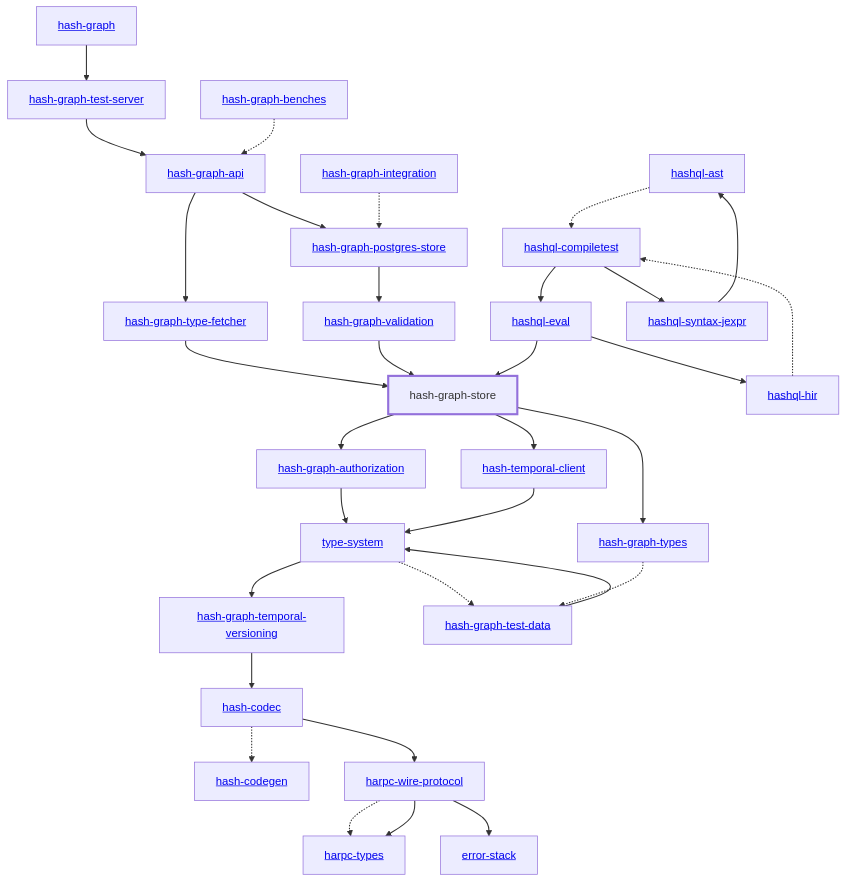
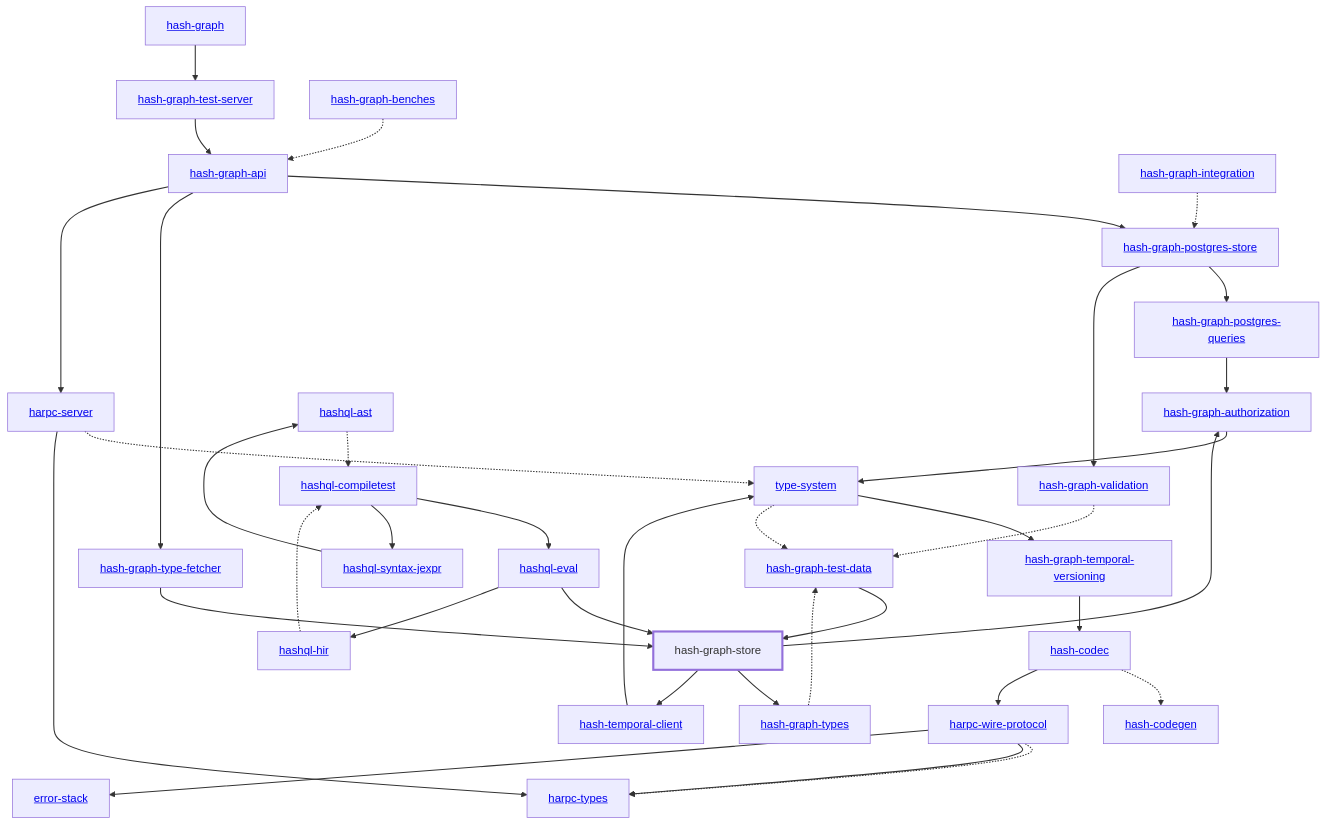
Before and after one commit to hashintel/hash: the diagram in libs/@local/graph/store/docs/dependency-diagram.mmd, drawn with Mermaid. The commit also changed 41 other files, not shown here.

```diff
--- a/libs/@local/graph/store/docs/dependency-diagram.mmd
+++ b/libs/@local/graph/store/docs/dependency-diagram.mmd
@@ -1,67 +1,74 @@
 graph TD
     linkStyle default stroke-width:1.5px
     classDef default stroke-width:1px
     classDef root stroke-width:3px
     classDef dev stroke-width:1px
     classDef build stroke-width:1px
     %% Legend
     %% --> : Normal dependency
     %% -.-> : Dev dependency
     %% ---> : Build dependency
     0[<a href="../hash_graph/index.html">hash-graph</a>]
     1[<a href="../type_system/index.html">type-system</a>]
     2[<a href="../hash_codec/index.html">hash-codec</a>]
     3[<a href="../hash_codegen/index.html">hash-codegen</a>]
     4[<a href="../hash_graph_api/index.html">hash-graph-api</a>]
     5[<a href="../hash_graph_authorization/index.html">hash-graph-authorization</a>]
-    6[<a href="../hash_graph_postgres_store/index.html">hash-graph-postgres-store</a>]
-    7[hash-graph-store]
-    class 7 root
-    8[<a href="../hash_graph_temporal_versioning/index.html">hash-graph-temporal-versioning</a>]
-    9[<a href="../hash_graph_test_server/index.html">hash-graph-test-server</a>]
-    10[<a href="../hash_graph_type_fetcher/index.html">hash-graph-type-fetcher</a>]
-    11[<a href="../hash_graph_types/index.html">hash-graph-types</a>]
-    12[<a href="../hash_graph_validation/index.html">hash-graph-validation</a>]
-    13[<a href="../harpc_types/index.html">harpc-types</a>]
-    14[<a href="../harpc_wire_protocol/index.html">harpc-wire-protocol</a>]
-    15[<a href="../hashql_ast/index.html">hashql-ast</a>]
-    16[<a href="../hashql_compiletest/index.html">hashql-compiletest</a>]
-    17[<a href="../hashql_eval/index.html">hashql-eval</a>]
-    18[<a href="../hashql_hir/index.html">hashql-hir</a>]
-    19[<a href="../hashql_syntax_jexpr/index.html">hashql-syntax-jexpr</a>]
-    20[<a href="../hash_temporal_client/index.html">hash-temporal-client</a>]
-    21[<a href="../error_stack/index.html">error-stack</a>]
-    22[<a href="../hash_graph_benches/index.html">hash-graph-benches</a>]
-    23[<a href="../hash_graph_integration/index.html">hash-graph-integration</a>]
-    24[<a href="../hash_graph_test_data/index.html">hash-graph-test-data</a>]
-    0 --> 9
-    1 --> 8
-    1 -.-> 24
+    6[<a href="../hash_graph_postgres_queries/index.html">hash-graph-postgres-queries</a>]
+    7[<a href="../hash_graph_postgres_store/index.html">hash-graph-postgres-store</a>]
+    8[hash-graph-store]
+    class 8 root
+    9[<a href="../hash_graph_temporal_versioning/index.html">hash-graph-temporal-versioning</a>]
+    10[<a href="../hash_graph_test_server/index.html">hash-graph-test-server</a>]
+    11[<a href="../hash_graph_type_fetcher/index.html">hash-graph-type-fetcher</a>]
+    12[<a href="../hash_graph_types/index.html">hash-graph-types</a>]
+    13[<a href="../hash_graph_validation/index.html">hash-graph-validation</a>]
+    14[<a href="../harpc_server/index.html">harpc-server</a>]
+    15[<a href="../harpc_types/index.html">harpc-types</a>]
+    16[<a href="../harpc_wire_protocol/index.html">harpc-wire-protocol</a>]
+    17[<a href="../hashql_ast/index.html">hashql-ast</a>]
+    18[<a href="../hashql_compiletest/index.html">hashql-compiletest</a>]
+    19[<a href="../hashql_eval/index.html">hashql-eval</a>]
+    20[<a href="../hashql_hir/index.html">hashql-hir</a>]
+    21[<a href="../hashql_syntax_jexpr/index.html">hashql-syntax-jexpr</a>]
+    22[<a href="../hash_temporal_client/index.html">hash-temporal-client</a>]
+    23[<a href="../error_stack/index.html">error-stack</a>]
+    24[<a href="../hash_graph_benches/index.html">hash-graph-benches</a>]
+    25[<a href="../hash_graph_integration/index.html">hash-graph-integration</a>]
+    26[<a href="../hash_graph_test_data/index.html">hash-graph-test-data</a>]
+    0 --> 10
+    1 --> 9
+    1 -.-> 26
     2 -.-> 3
-    2 --> 14
-    4 --> 6
-    4 --> 10
+    2 --> 16
+    4 --> 7
+    4 --> 11
+    4 --> 14
     5 --> 1
-    6 --> 12
-    7 --> 5
-    7 --> 11
-    7 --> 20
-    8 --> 2
-    9 --> 4
-    10 --> 7
-    11 -.-> 24
-    12 --> 7
-    14 -.-> 13
-    14 --> 13
-    14 --> 21
-    15 -.-> 16
-    16 --> 17
-    16 --> 19
-    17 --> 7
-    17 --> 18
-    18 -.-> 16
-    19 --> 15
-    20 --> 1
-    22 -.-> 4
-    23 -.-> 6
-    24 --> 1
+    6 --> 5
+    7 --> 6
+    7 --> 13
+    8 --> 5
+    8 --> 12
+    8 --> 22
+    9 --> 2
+    10 --> 4
+    11 --> 8
+    12 -.-> 26
+    13 -.-> 26
+    14 -.-> 1
+    14 --> 15
+    16 -.-> 15
+    16 --> 15
+    16 --> 23
+    17 -.-> 18
+    18 --> 19
+    18 --> 21
+    19 --> 8
+    19 --> 20
+    20 -.-> 18
+    21 --> 17
+    22 --> 1
+    24 -.-> 4
+    25 -.-> 7
+    26 --> 8
```
